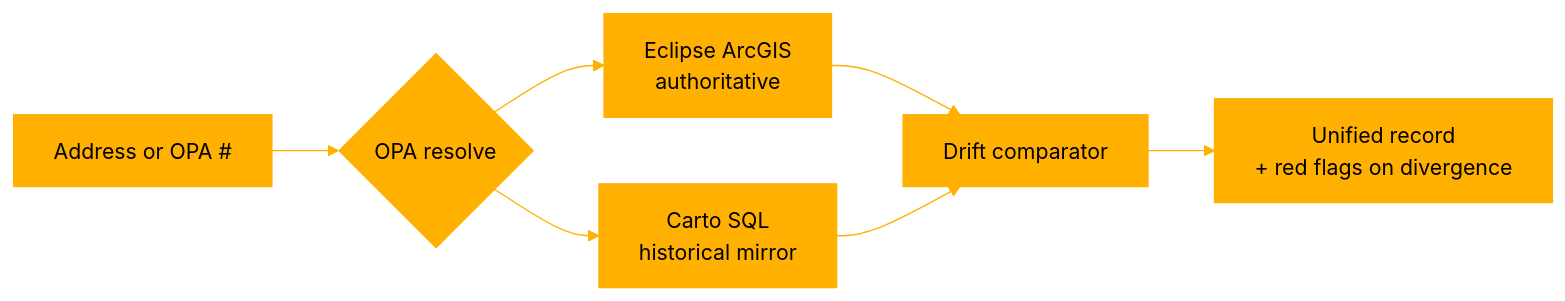
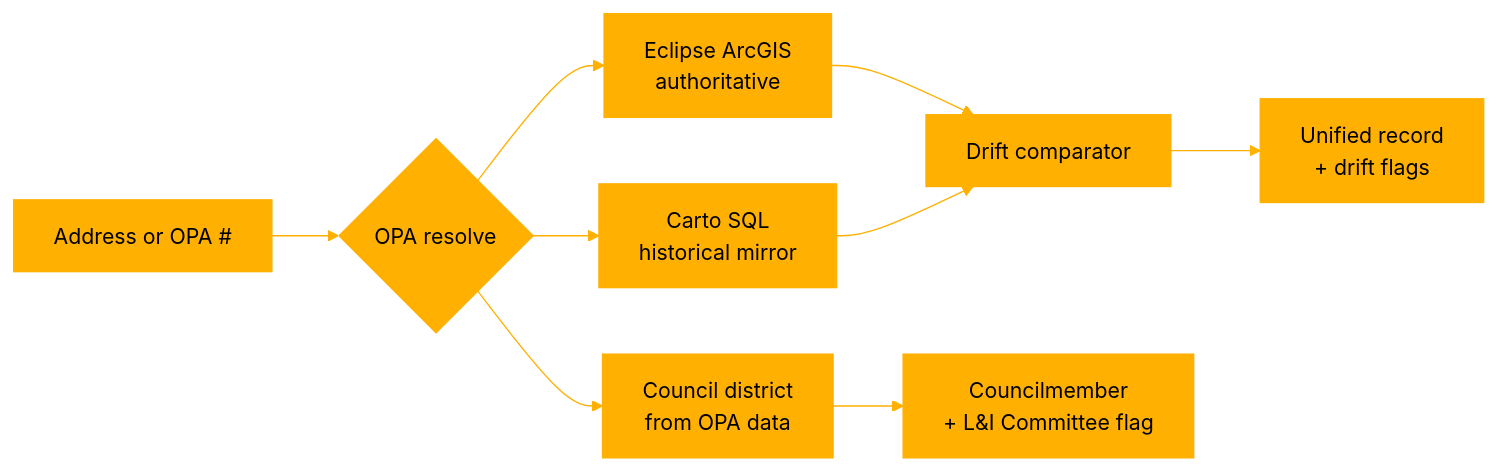
The diagram in README.md (thumpersecure/4PHILLY), drawn with Mermaid before and after one commit. The commit also changed other lines of this file and 2 other files, not shown here.

````diff
--- a/README.md
+++ b/README.md
@@ -64,10 +66,12 @@
 ```mermaid
 %%{init: {'theme':'base','themeVariables':{'primaryColor':'#ffb000','primaryTextColor':'#000','primaryBorderColor':'#ffb000','lineColor':'#ffb000','secondaryColor':'#1a1a1a','tertiaryColor':'#000'}}}%%
 flowchart LR
     A[Address or OPA #] --> B{OPA resolve}
     B --> C[Eclipse ArcGIS<br/>authoritative]
     B --> D[Carto SQL<br/>historical mirror]
     C --> E[Drift comparator]
     D --> E
-    E --> F[Unified record<br/>+ red flags on divergence]
+    E --> F[Unified record<br/>+ drift flags]
+    B --> G[Council district<br/>from OPA data]
+    G --> H[Councilmember<br/>+ L&I Committee flag]
 ```
````
